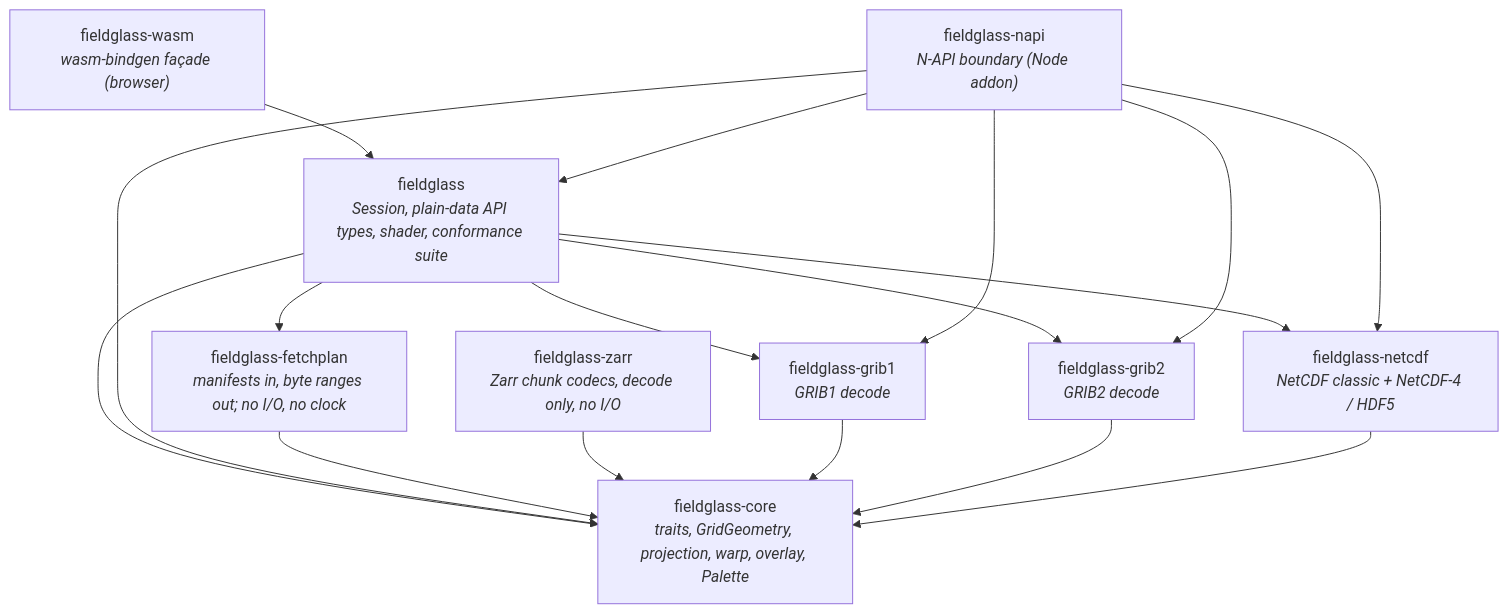
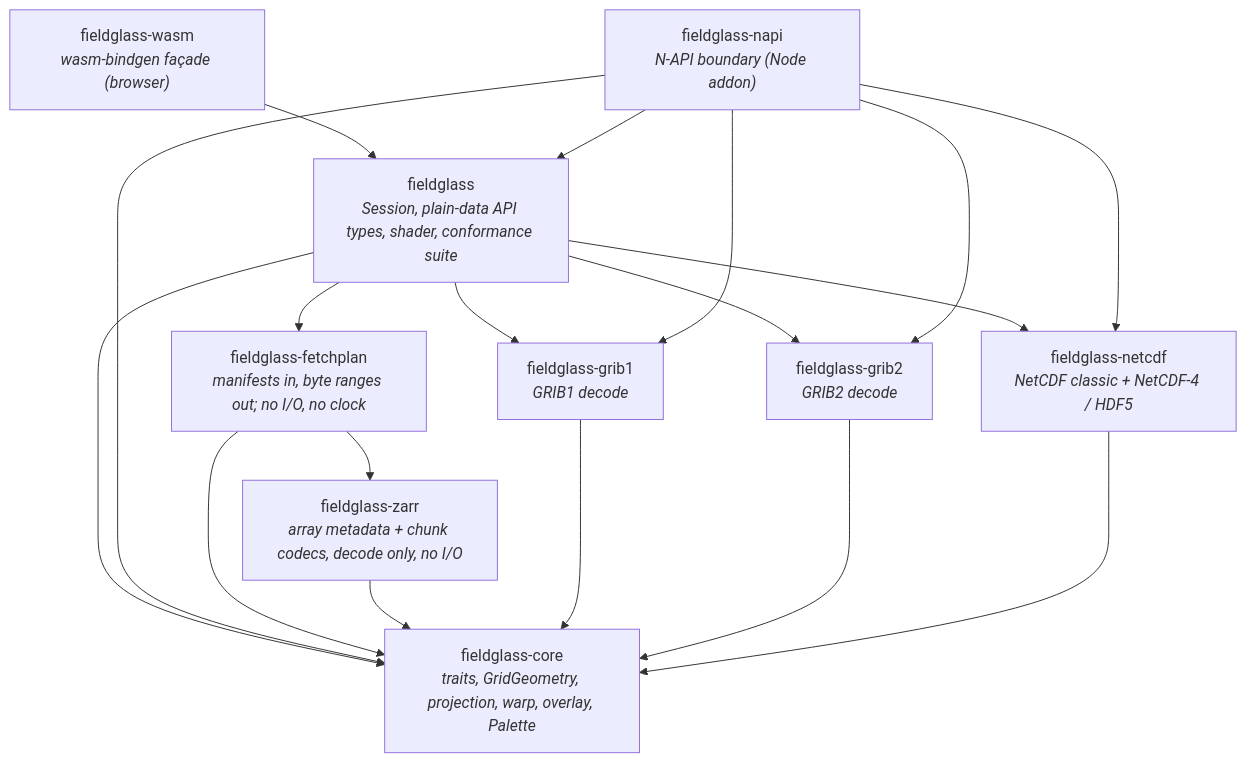
Before and after one commit to D0ubleD0uble/fieldglass: the diagram in docs/architecture/01-crates.md, drawn with Mermaid. The commit also changed other lines of this file and 12 other files, not shown here.

````diff
--- a/docs/architecture/01-crates.md
+++ b/docs/architecture/01-crates.md
@@ -18,29 +18,30 @@
 ```mermaid
 flowchart TD
     napi["fieldglass-napi<br/><i>N-API boundary (Node addon)</i>"]
     wasm["fieldglass-wasm<br/><i>wasm-bindgen façade (browser)</i>"]
     fieldglass["fieldglass<br/><i>Session, plain-data API types, shader, conformance suite</i>"]
     grib1["fieldglass-grib1<br/><i>GRIB1 decode</i>"]
     grib2["fieldglass-grib2<br/><i>GRIB2 decode</i>"]
     netcdf["fieldglass-netcdf<br/><i>NetCDF classic + NetCDF-4 / HDF5</i>"]
     core["fieldglass-core<br/><i>traits, GridGeometry, projection, warp, overlay, Palette</i>"]
     fetchplan["fieldglass-fetchplan<br/><i>manifests in, byte ranges out; no I/O, no clock</i>"]
-    zarr["fieldglass-zarr<br/><i>Zarr chunk codecs, decode only, no I/O</i>"]
+    zarr["fieldglass-zarr<br/><i>array metadata + chunk codecs, decode only, no I/O</i>"]
 
     wasm --> fieldglass
     fieldglass --> grib1
     fieldglass --> grib2
     fieldglass --> netcdf
     fieldglass --> core
     fieldglass --> fetchplan
     napi --> fieldglass
     napi --> grib1
     napi --> grib2
     napi --> netcdf
     napi --> core
     fetchplan --> core
+    fetchplan --> zarr
     zarr --> core
     grib1 --> core
     grib2 --> core
     netcdf --> core
 ```
````
